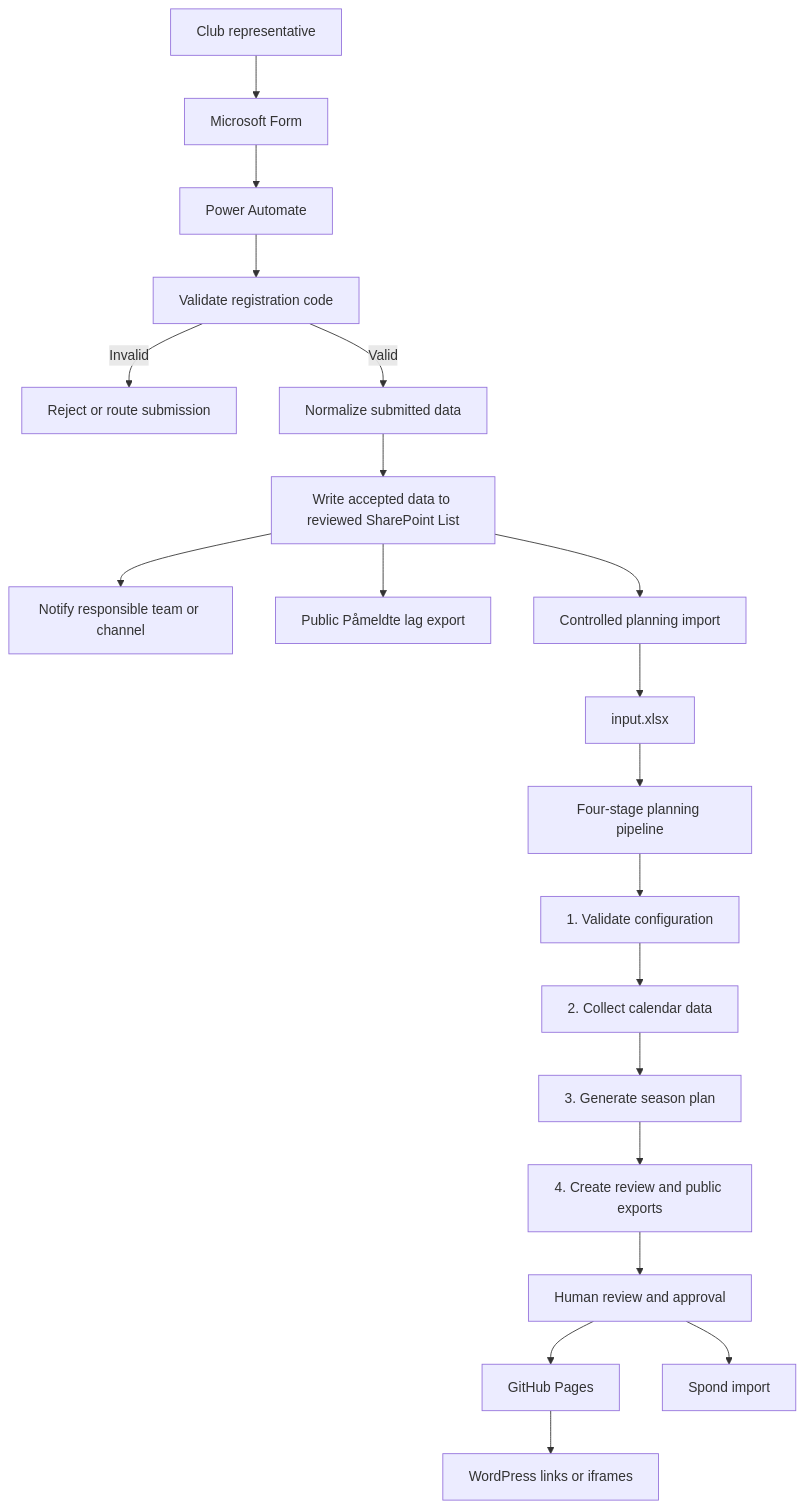
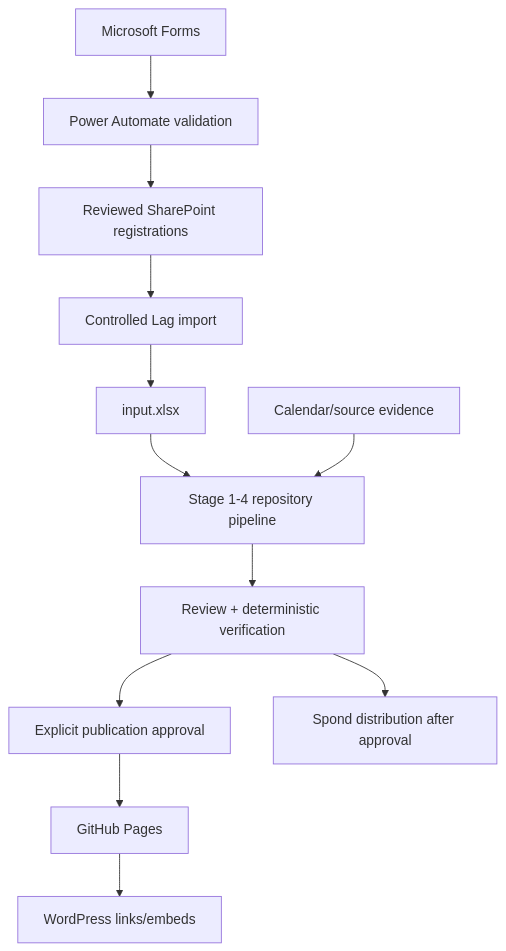
The diagram in README.md (region-viken-vest-hockey/hockey), drawn with Mermaid before and after one commit. The commit also changed other lines of this file, not shown here.

````diff
--- a/README.md
+++ b/README.md
@@ -18,26 +20,14 @@
 ```mermaid
 flowchart TD
-    club[Club representative] --> form[Microsoft Form]
-    form --> flow[Power Automate]
-
-    flow --> validate[Validate registration code]
-    validate -->|Invalid| reject[Reject or route submission]
-    validate -->|Valid| normalize[Normalize submitted data]
-    normalize --> sharepoint[Write accepted data to reviewed SharePoint List]
-    sharepoint --> notify[Notify responsible team or channel]
-
-    sharepoint --> registered[Public Påmeldte lag export]
-    sharepoint --> import[Controlled planning import]
+    form[Microsoft Forms] --> flow[Power Automate validation]
+    flow --> sharepoint[Reviewed SharePoint registrations]
+    sharepoint --> import[Controlled Lag import]
     import --> workbook[input.xlsx]
-    workbook --> pipeline[Four-stage planning pipeline]
-
-    pipeline --> config[1. Validate configuration]
-    config --> calendars[2. Collect calendar data]
-    calendars --> plan[3. Generate season plan]
-    plan --> exports[4. Create review and public exports]
-
-    exports --> review[Human review and approval]
-    review --> pages[GitHub Pages]
-    review --> spond[Spond import]
-    pages --> wordpress[WordPress links or iframes]
+    workbook --> pipeline[Stage 1-4 repository pipeline]
+    calendars[Calendar/source evidence] --> pipeline
+    pipeline --> review[Review + deterministic verification]
+    review --> approval[Explicit publication approval]
+    approval --> pages[GitHub Pages]
+    pages --> wordpress[WordPress links/embeds]
+    review --> spond[Spond distribution after approval]
 ```
````
